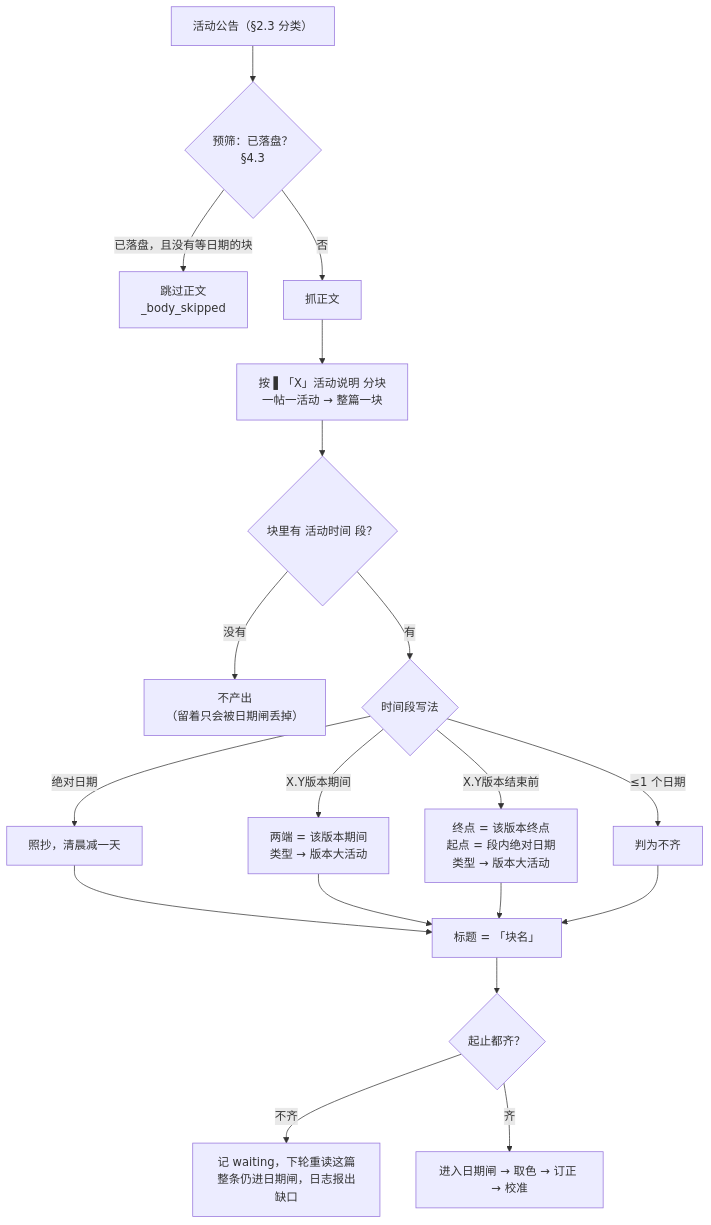
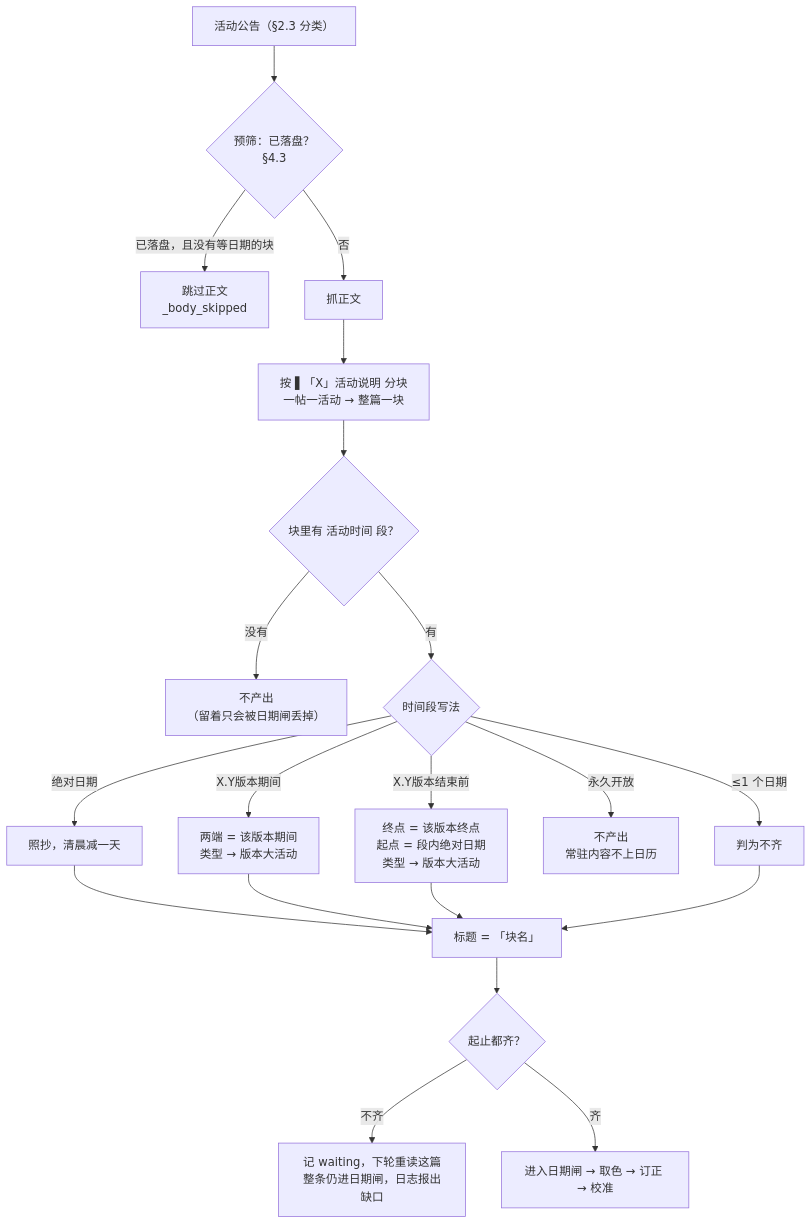
One commit to autummu2/HoyoCalendar changed the eighth of 11 diagrams in tools/editor/starrail/RULES.md. Above: the diagram before and after it, drawn with Mermaid. The commit also changed other lines of this file and 9 other files, not shown here.

````diff
--- a/tools/editor/starrail/RULES.md
+++ b/tools/editor/starrail/RULES.md
@@ -295,21 +302,22 @@
 ```mermaid
 flowchart TD
     A["活动公告（§2.3 分类）"] --> B{"预筛：已落盘？<br/>§4.3"}
     B -->|"已落盘，且没有等日期的块"| C["跳过正文<br/>_body_skipped"]
     B -->|"否"| D["抓正文"]
     D --> E["按 ▌「X」活动说明 分块<br/>一帖一活动 → 整篇一块"]
     E --> F{"块里有 活动时间 段？"}
     F -->|"没有"| G["不产出<br/>（留着只会被日期闸丢掉）"]
     F -->|"有"| H{"时间段写法"}
     H -->|"绝对日期"| I["照抄，清晨减一天"]
     H -->|"X.Y版本期间"| J["两端 = 该版本期间<br/>类型 → 版本大活动"]
     H -->|"X.Y版本结束前"| K["终点 = 该版本终点<br/>起点 = 段内绝对日期<br/>类型 → 版本大活动"]
+    H -->|"永久开放"| K2["不产出<br/>常驻内容不上日历"]
     H -->|"≤1 个日期"| L["判为不齐"]
     I --> M["标题 = 「块名」"]
     J --> M
     K --> M
     L --> M
     M --> N{"起止都齐？"}
     N -->|"不齐"| O["记 waiting，下轮重读这篇<br/>整条仍进日期闸，日志报出缺口"]
     N -->|"齐"| P["进入日期闸 → 取色 → 订正 → 校准"]
 ```
````
